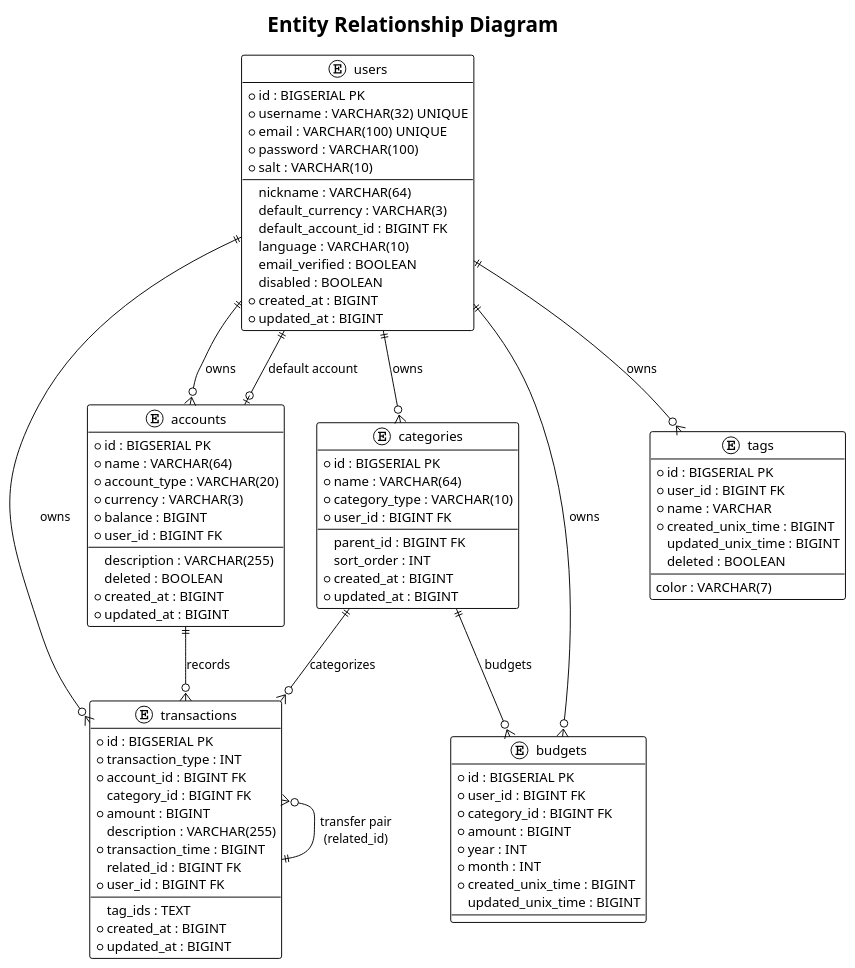
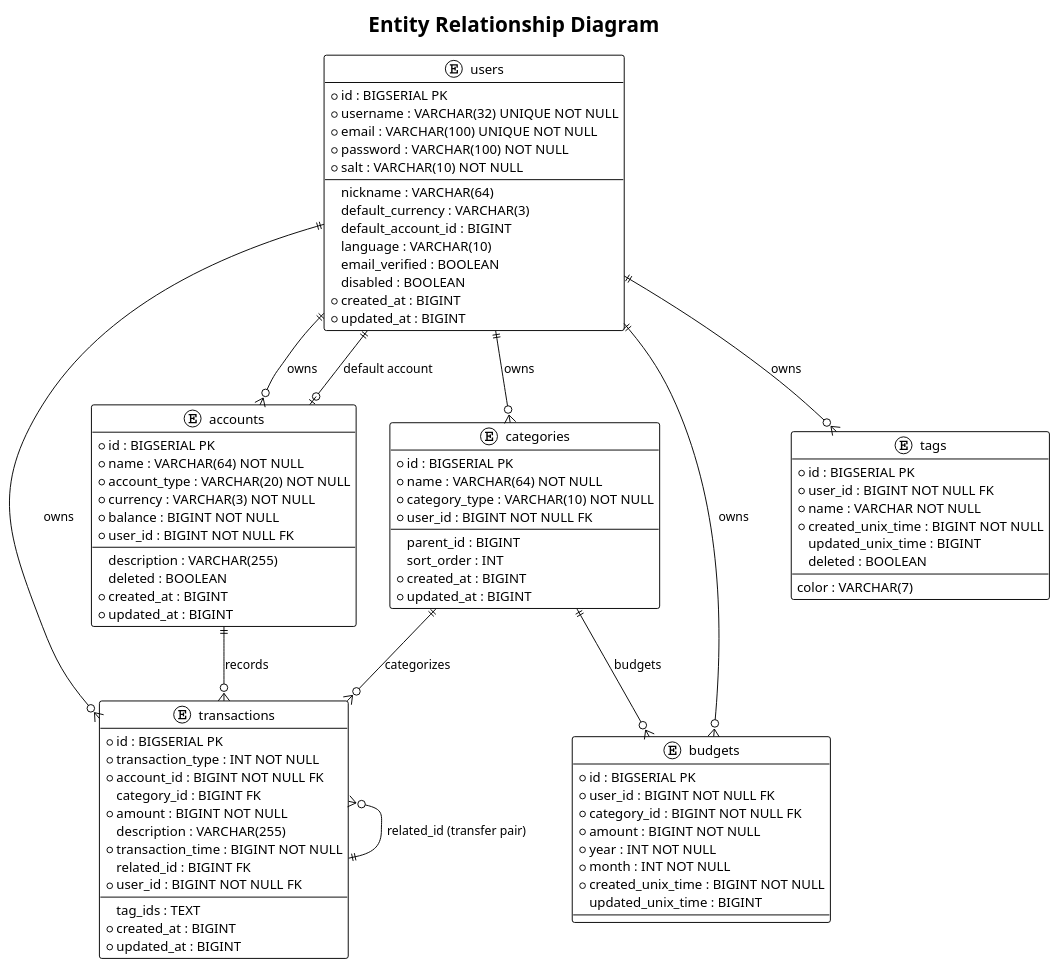
The seventh of 11 diagrams in docs/OOD.md (jcwhmn/bookkeeping), drawn with PlantUML before and after one commit. The commit also changed other lines of this file, not shown here.

First line of the commit message:
fix(docs): rewrite OOD diagrams — fix PlantUML parse errors

```diff
--- a/docs/OOD.md
+++ b/docs/OOD.md
@@ -491,17 +489,17 @@
 
 title Entity Relationship Diagram
 
-' Tables
+' users table
 entity "users" as users {
     * id : BIGSERIAL PK
-    * username : VARCHAR(32) UNIQUE
-    * email : VARCHAR(100) UNIQUE
-    * password : VARCHAR(100)
-    * salt : VARCHAR(10)
+    * username : VARCHAR(32) UNIQUE NOT NULL
+    * email : VARCHAR(100) UNIQUE NOT NULL
+    * password : VARCHAR(100) NOT NULL
+    * salt : VARCHAR(10) NOT NULL
     --
     nickname : VARCHAR(64)
     default_currency : VARCHAR(3)
-    default_account_id : BIGINT FK
+    default_account_id : BIGINT
     language : VARCHAR(10)
     email_verified : BOOLEAN
     disabled : BOOLEAN
@@ -509,13 +507,14 @@
     * updated_at : BIGINT
 }
 
+' accounts table
 entity "accounts" as accounts {
     * id : BIGSERIAL PK
-    * name : VARCHAR(64)
-    * account_type : VARCHAR(20)
-    * currency : VARCHAR(3)
-    * balance : BIGINT
-    * user_id : BIGINT FK
+    * name : VARCHAR(64) NOT NULL
+    * account_type : VARCHAR(20) NOT NULL
+    * currency : VARCHAR(3) NOT NULL
+    * balance : BIGINT NOT NULL
+    * user_id : BIGINT NOT NULL FK
     --
     description : VARCHAR(255)
     deleted : BOOLEAN
@@ -523,52 +522,56 @@
     * updated_at : BIGINT
 }
 
+' categories table
 entity "categories" as categories {
     * id : BIGSERIAL PK
-    * name : VARCHAR(64)
-    * category_type : VARCHAR(10)
-    * user_id : BIGINT FK
+    * name : VARCHAR(64) NOT NULL
+    * category_type : VARCHAR(10) NOT NULL
+    * user_id : BIGINT NOT NULL FK
     --
-    parent_id : BIGINT FK
+    parent_id : BIGINT
     sort_order : INT
     * created_at : BIGINT
     * updated_at : BIGINT
 }
 
+' transactions table
 entity "transactions" as transactions {
     * id : BIGSERIAL PK
-    * transaction_type : INT
-    * account_id : BIGINT FK
+    * transaction_type : INT NOT NULL
+    * account_id : BIGINT NOT NULL FK
     category_id : BIGINT FK
-    * amount : BIGINT
+    * amount : BIGINT NOT NULL
     description : VARCHAR(255)
-    * transaction_time : BIGINT
+    * transaction_time : BIGINT NOT NULL
     related_id : BIGINT FK
-    * user_id : BIGINT FK
+    * user_id : BIGINT NOT NULL FK
     --
     tag_ids : TEXT
     * created_at : BIGINT
     * updated_at : BIGINT
 }
 
+' tags table
 entity "tags" as tags {
     * id : BIGSERIAL PK
-    * user_id : BIGINT FK
-    * name : VARCHAR
+    * user_id : BIGINT NOT NULL FK
+    * name : VARCHAR NOT NULL
     color : VARCHAR(7)
-    * created_unix_time : BIGINT
+    * created_unix_time : BIGINT NOT NULL
     updated_unix_time : BIGINT
     deleted : BOOLEAN
 }
 
+' budgets table
 entity "budgets" as budgets {
     * id : BIGSERIAL PK
-    * user_id : BIGINT FK
-    * category_id : BIGINT FK
-    * amount : BIGINT
-    * year : INT
-    * month : INT
-    * created_unix_time : BIGINT
+    * user_id : BIGINT NOT NULL FK
+    * category_id : BIGINT NOT NULL FK
+    * amount : BIGINT NOT NULL
+    * year : INT NOT NULL
+    * month : INT NOT NULL
+    * created_unix_time : BIGINT NOT NULL
     updated_unix_time : BIGINT
 }
 
@@ -583,7 +586,8 @@
 categories ||--o{ transactions : categorizes
 categories ||--o{ budgets : budgets
 
-transactions }o--|| transactions : transfer pair\n(related_id)
+' Transfer pair self-reference
+transactions }o--|| transactions : related_id (transfer pair)
 
 users ||--o| accounts : default account
 
```
